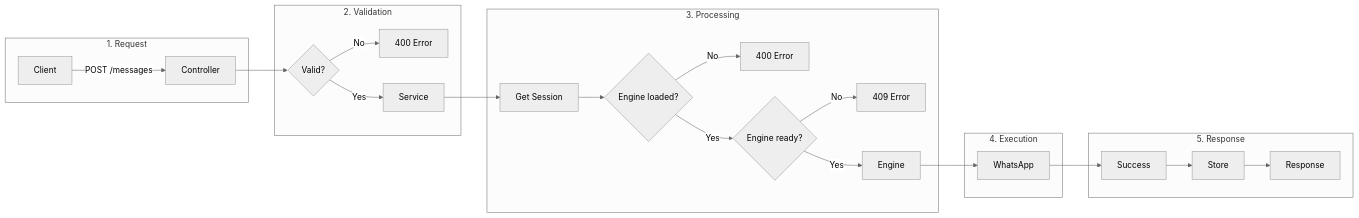
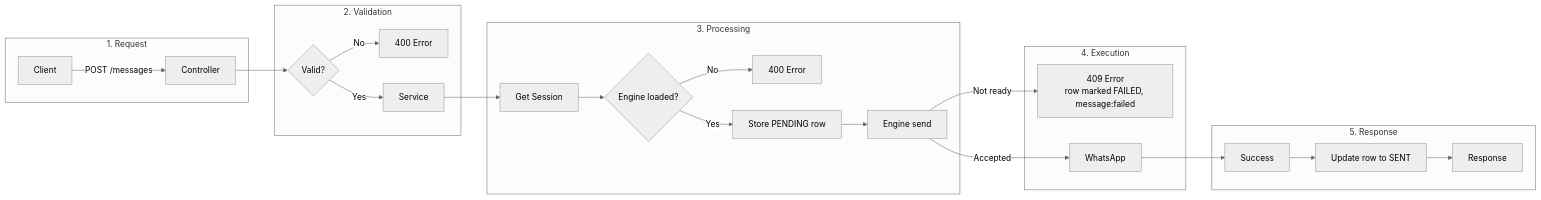
One commit to AntoineTROOVY/Sherlo changed diagram 12 of 24 in docs/03-system-architecture.md. Above: the diagram before and after it, drawn with Mermaid (neutral theme).

Commit message:
docs(architecture): show where a send stores its row and answers 409
The send flow drew an engine-ready check before any write and stored
the message only after success. A send stores a PENDING row first; a
not-ready engine answers 409 from the send itself, which marks the row
FAILED and fires message:failed, and success updates the row to SENT.

````diff
--- a/docs/03-system-architecture.md
+++ b/docs/03-system-architecture.md
@@ -582,31 +582,31 @@
 ```mermaid
 flowchart LR
     subgraph Request["1. Request"]
         A[Client] -->|POST /messages| B[Controller]
     end
 
     subgraph Validation["2. Validation"]
         B --> C{Valid?}
         C -->|No| D[400 Error]
         C -->|Yes| E[Service]
     end
 
     subgraph Processing["3. Processing"]
         E --> F[Get Session]
         F --> G{Engine loaded?}
         G -->|No| H[400 Error]
-        G -->|Yes| G2{Engine ready?}
-        G2 -->|No| H2[409 Error]
-        G2 -->|Yes| K[Engine]
+        G -->|Yes| S[Store PENDING row]
+        S --> K[Engine send]
     end
 
     subgraph Execution["4. Execution"]
-        K --> L[WhatsApp]
+        K -->|Not ready| H2[409 Error\nrow marked FAILED, message:failed]
+        K -->|Accepted| L[WhatsApp]
     end
 
     subgraph Response["5. Response"]
         L --> M[Success]
-        M --> N[Store]
+        M --> N[Update row to SENT]
         N --> O[Response]
     end
 ```
````
